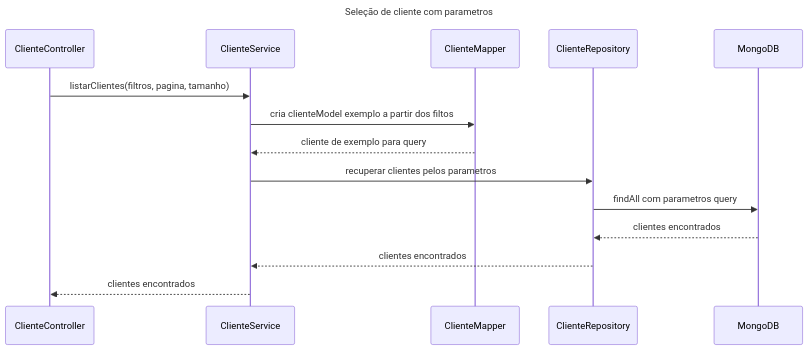
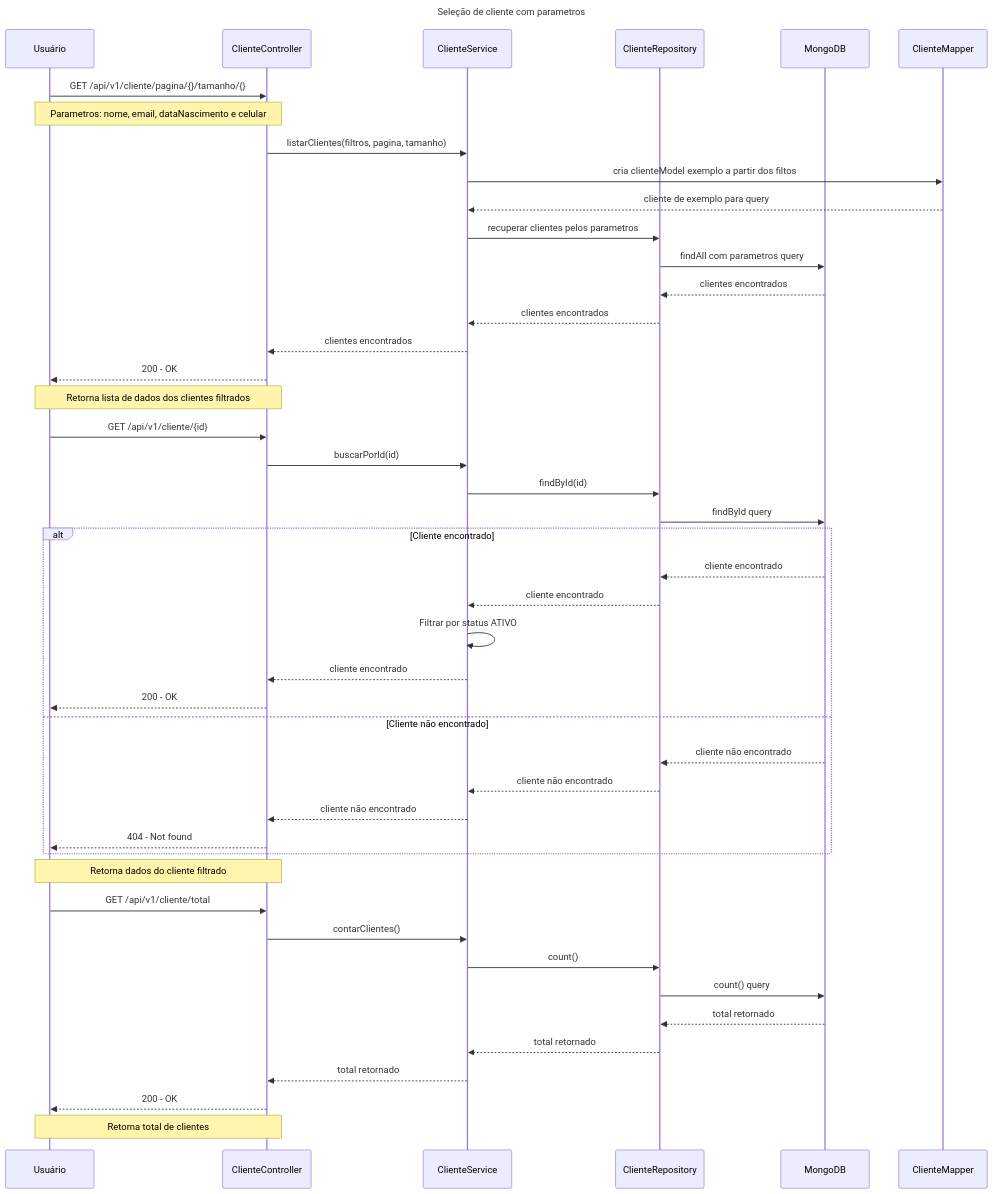
Before and after one commit to thiagosv/ms-cliente-mvc: the diagram in .doc/c4/nivel-4/ListarCliente.md, drawn with Mermaid. The commit also changed other lines of this file and 6 other files, not shown here.

Commit message:
C4: Ajustes nos diagramas de sequencia

````diff
--- a/.doc/c4/nivel-4/ListarCliente.md
+++ b/.doc/c4/nivel-4/ListarCliente.md
@@ -1,20 +1,53 @@
 ```mermaid
 ---
 title: Seleção de cliente com parametros
 ---
 sequenceDiagram
+participant U as Usuário
 participant CC as ClienteController
 participant CS as ClienteService
-participant CM as ClienteMapper
 participant CR as ClienteRepository
 participant M as MongoDB
+participant CM as ClienteMapper
 
+    U->>CC: GET /api/v1/cliente/pagina/{}/tamanho/{}
+    Note over U,CC: Parametros: nome, email, dataNascimento e celular
     CC->>CS: listarClientes(filtros, pagina, tamanho)
     CS->>CM: cria clienteModel exemplo a partir dos filtos
     CM-->>CS: cliente de exemplo para query
     CS->>CR: recuperar clientes pelos parametros
     CR->>M: findAll com parametros query
     M-->>CR: clientes encontrados
     CR-->>CS: clientes encontrados
     CS-->>CC: clientes encontrados
+    CC-->>U: 200 - OK
+    Note over CC,U: Retorna lista de dados dos clientes filtrados
+    
+    U->>CC: GET /api/v1/cliente/{id}
+    CC->>CS: buscarPorId(id)
+    CS->>CR: findById(id)
+    CR->>M: findById query
+    alt Cliente encontrado
+        M-->>CR: cliente encontrado
+        CR-->>CS: cliente encontrado
+        CS->>CS: Filtrar por status ATIVO
+        CS-->>CC: cliente encontrado
+        CC-->>U: 200 - OK
+    else Cliente não encontrado
+        M-->>CR: cliente não encontrado
+        CR-->>CS: cliente não encontrado
+        CS-->>CC: cliente não encontrado
+        CC-->>U: 404 - Not found
+    end
+    Note over CC,U: Retorna dados do cliente filtrado
+
+    U->>CC: GET /api/v1/cliente/total
+    CC->>CS: contarClientes()
+    CS->>CR: count()
+    CR->>M: count() query
+    M-->>CR: total retornado
+    CR-->>CS: total retornado
+    CS-->>CC: total retornado
+    CC-->>U: 200 - OK
+    Note over CC,U: Retorna total de clientes
 ```
````
